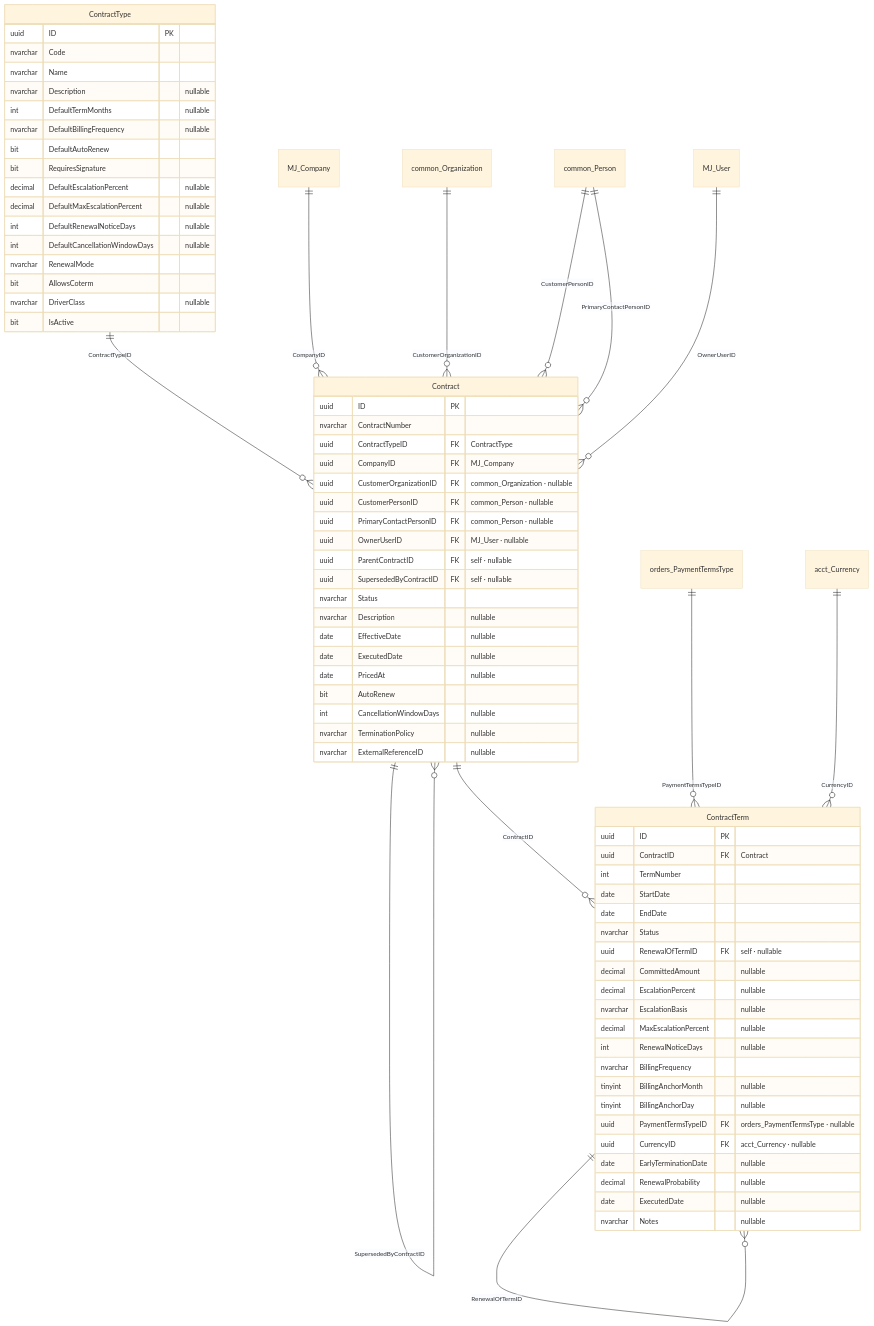
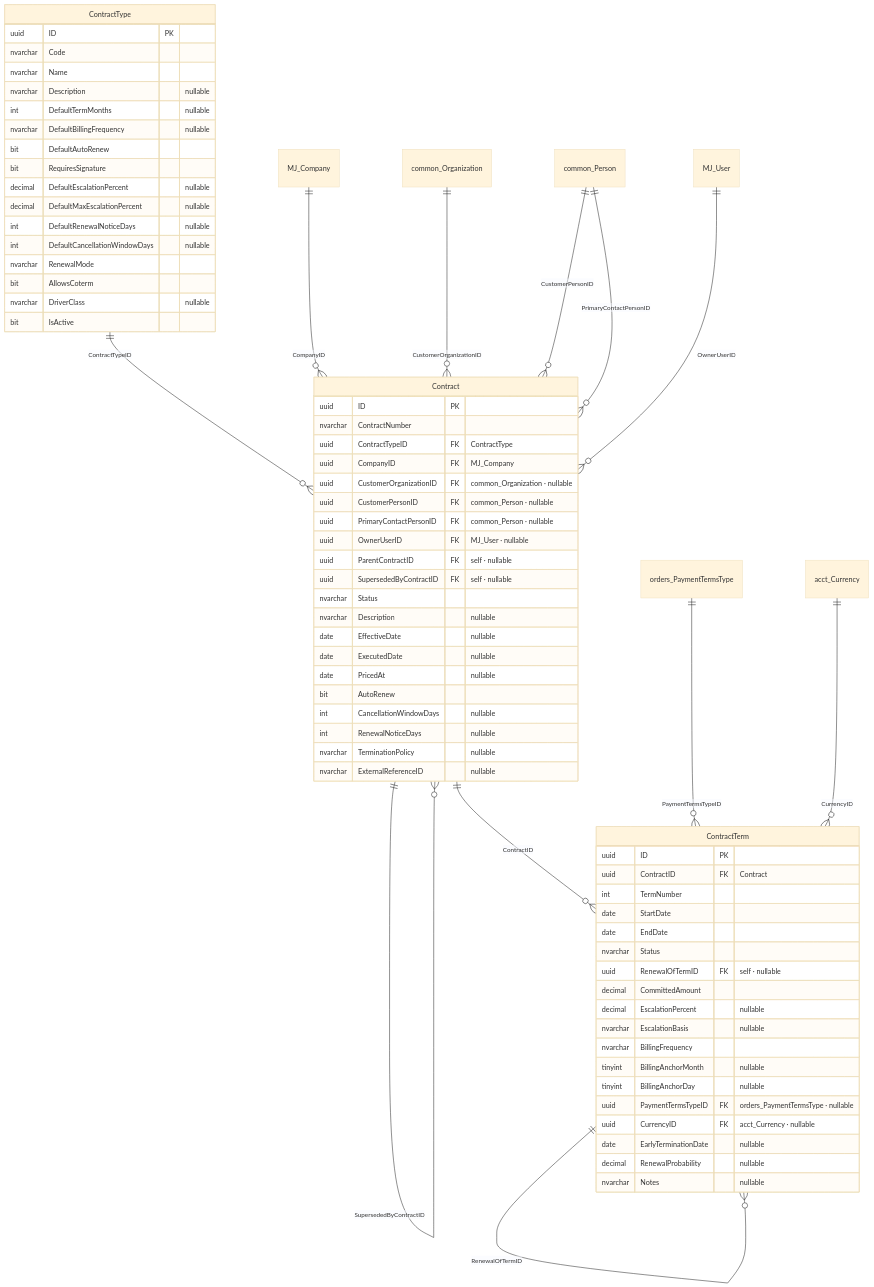
The fourth of 6 diagrams in docs/ERD.md (MemberJunction/bizapps-contracts), drawn with Mermaid (base theme) before and after one commit. The commit also changed other lines of this file and 27 other files, not shown here.

First line of the commit message:
Four schema changes, and the page layout that was viewport-dependent

````diff
--- a/docs/ERD.md
+++ b/docs/ERD.md
@@ -486,81 +492,79 @@
 ```mermaid
 erDiagram
     ContractType ||--o{ Contract : "ContractTypeID"
     MJ_Company ||--o{ Contract : "CompanyID"
     common_Organization ||--o{ Contract : "CustomerOrganizationID"
     common_Person ||--o{ Contract : "CustomerPersonID"
     common_Person ||--o{ Contract : "PrimaryContactPersonID"
     MJ_User ||--o{ Contract : "OwnerUserID"
     Contract ||--o{ Contract : "ParentContractID"
     Contract ||--o{ Contract : "SupersededByContractID"
     Contract ||--o{ ContractTerm : "ContractID"
     ContractTerm ||--o{ ContractTerm : "RenewalOfTermID"
     orders_PaymentTermsType ||--o{ ContractTerm : "PaymentTermsTypeID"
     acct_Currency ||--o{ ContractTerm : "CurrencyID"
 
     ContractType {
         uuid ID PK
         nvarchar Code
         nvarchar Name
         nvarchar Description "nullable"
         int DefaultTermMonths "nullable"
         nvarchar DefaultBillingFrequency "nullable"
         bit DefaultAutoRenew
         bit RequiresSignature
         decimal DefaultEscalationPercent "nullable"
         decimal DefaultMaxEscalationPercent "nullable"
         int DefaultRenewalNoticeDays "nullable"
         int DefaultCancellationWindowDays "nullable"
         nvarchar RenewalMode
         bit AllowsCoterm
         nvarchar DriverClass "nullable"
         bit IsActive
     }
 
     Contract {
         uuid ID PK
         nvarchar ContractNumber
         uuid ContractTypeID FK "ContractType"
         uuid CompanyID FK "MJ_Company"
         uuid CustomerOrganizationID FK "common_Organization · nullable"
         uuid CustomerPersonID FK "common_Person · nullable"
         uuid PrimaryContactPersonID FK "common_Person · nullable"
         uuid OwnerUserID FK "MJ_User · nullable"
         uuid ParentContractID FK "self · nullable"
         uuid SupersededByContractID FK "self · nullable"
         nvarchar Status
         nvarchar Description "nullable"
         date EffectiveDate "nullable"
         date ExecutedDate "nullable"
         date PricedAt "nullable"
         bit AutoRenew
         int CancellationWindowDays "nullable"
+        int RenewalNoticeDays "nullable"
         nvarchar TerminationPolicy "nullable"
         nvarchar ExternalReferenceID "nullable"
     }
 
     ContractTerm {
         uuid ID PK
         uuid ContractID FK "Contract"
         int TermNumber
         date StartDate
         date EndDate
         nvarchar Status
         uuid RenewalOfTermID FK "self · nullable"
-        decimal CommittedAmount "nullable"
+        decimal CommittedAmount
         decimal EscalationPercent "nullable"
         nvarchar EscalationBasis "nullable"
-        decimal MaxEscalationPercent "nullable"
-        int RenewalNoticeDays "nullable"
         nvarchar BillingFrequency
         tinyint BillingAnchorMonth "nullable"
         tinyint BillingAnchorDay "nullable"
         uuid PaymentTermsTypeID FK "orders_PaymentTermsType · nullable"
         uuid CurrencyID FK "acct_Currency · nullable"
         date EarlyTerminationDate "nullable"
         decimal RenewalProbability "nullable"
-        date ExecutedDate "nullable"
         nvarchar Notes "nullable"
     }
 
 ```
````
